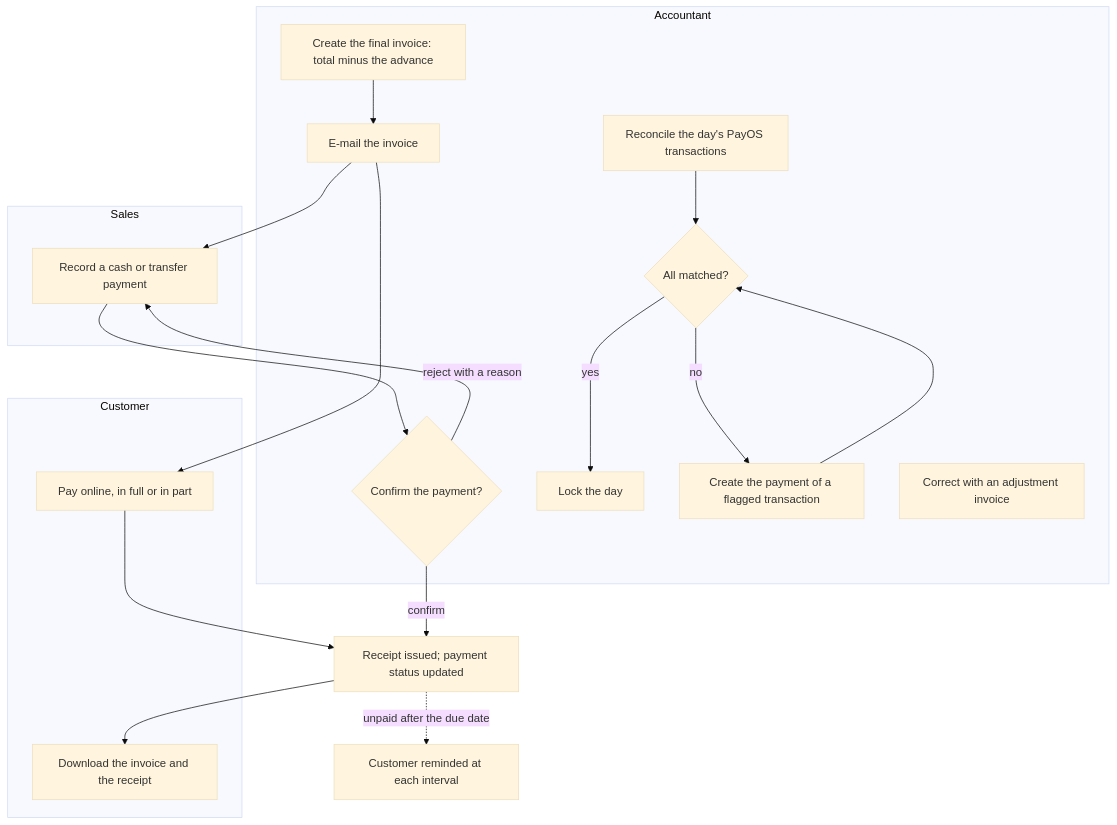
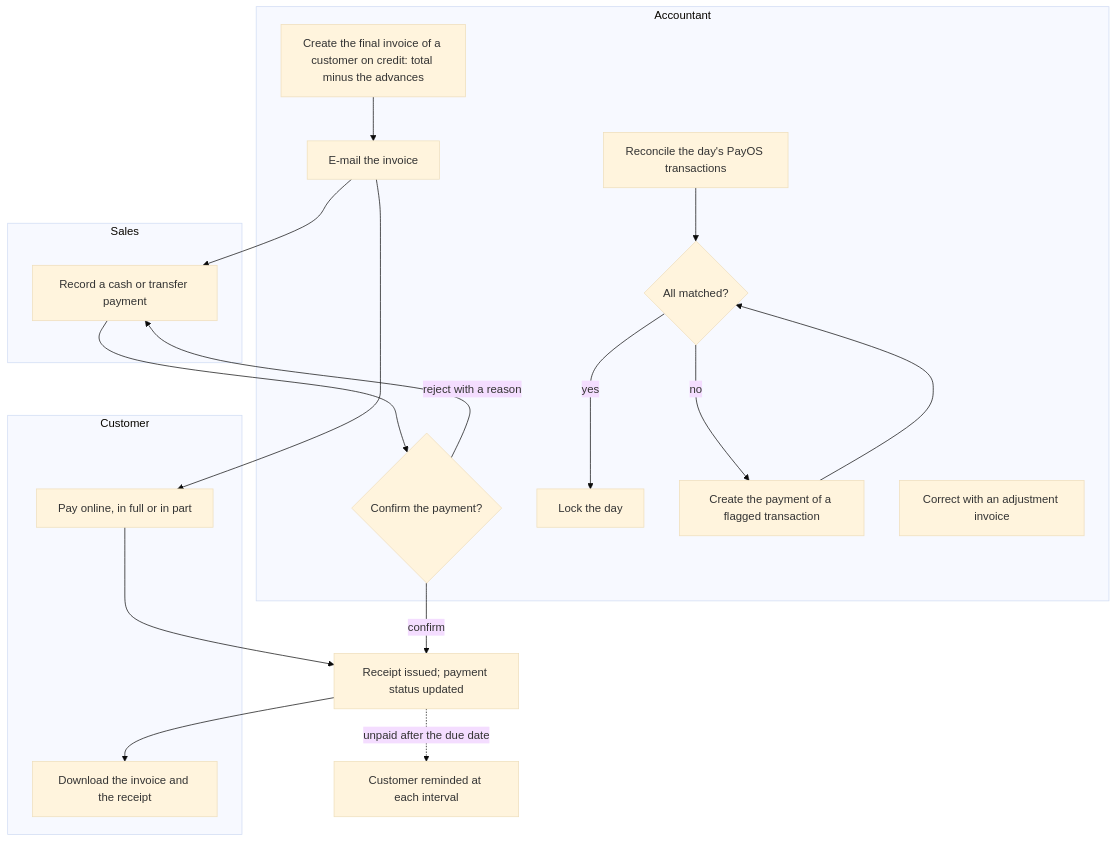
One commit to SoltuneMontepre/medilab changed the seventh of 17 diagrams in docs/functional/business-flows.md. Above: the diagram before and after it, drawn with Mermaid (base theme). The commit also changed other lines of this file and 9 other files, not shown here.

````diff
--- a/docs/functional/business-flows.md
+++ b/docs/functional/business-flows.md
@@ -362,25 +362,25 @@
 ```mermaid
 flowchart TD
     subgraph lane19 ["Accountant"]
-        a1["Create the final invoice: total minus the advance"] --> a2[E-mail the invoice]
+        a1["Create the final invoice of a customer on credit: total minus the advances"] --> a2[E-mail the invoice]
         a3{Confirm the payment?}
         a4[Reconcile the day's PayOS transactions] --> a5{All matched?}
         a5 -->|yes| a6[Lock the day]
         a5 -->|no| a7[Create the payment of a flagged transaction]
         a8[Correct with an adjustment invoice]
     end
     subgraph lane20 ["Sales"]
         s1[Record a cash or transfer payment]
     end
     subgraph lane21 ["Customer"]
         c1[Pay online, in full or in part]
         c2[Download the invoice and the receipt]
     end
     a2 --> c1
     a2 --> s1 --> a3
     a3 -->|reject with a reason| s1
     a3 -->|confirm| r["Receipt issued; payment status updated"] --> c2
     c1 --> r
     a7 --> a5
     r -.->|unpaid after the due date| reminder[Customer reminded at each interval]
 ```
````
